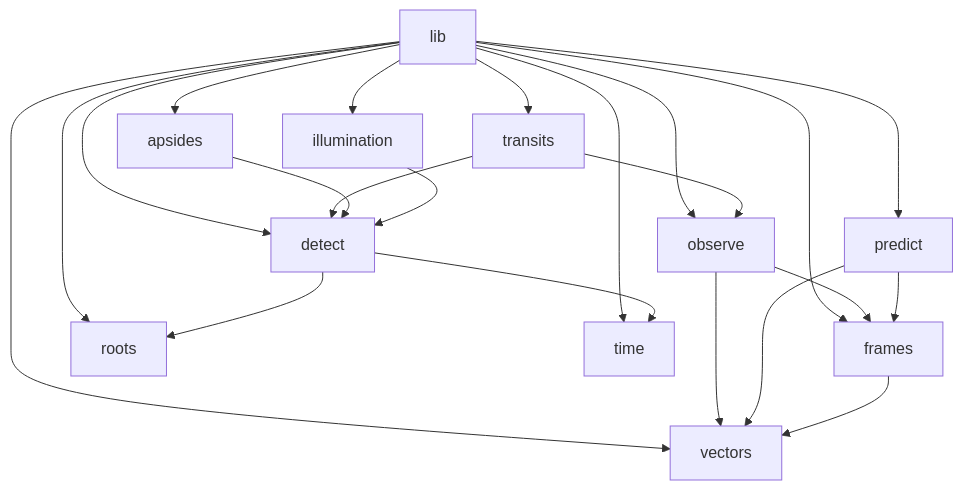
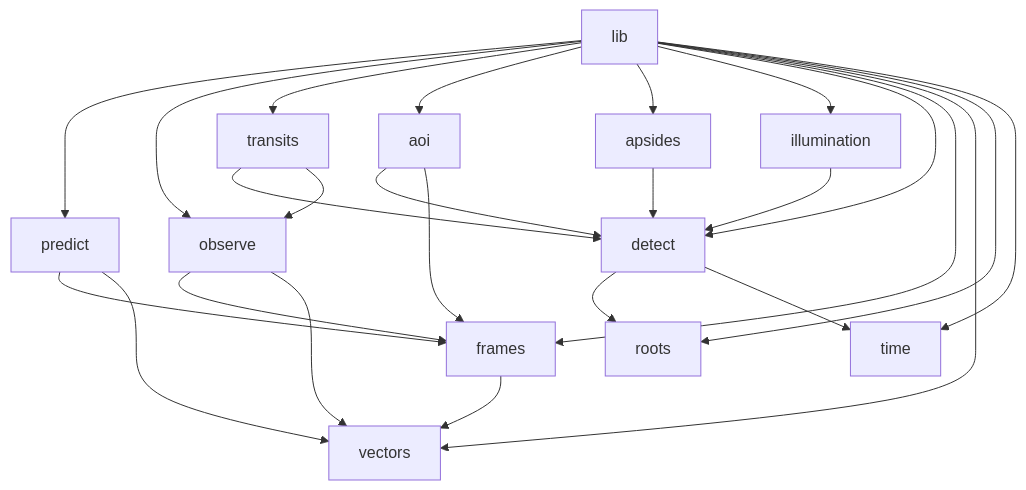
One commit to steg87/sgp4-predict changed the first of 2 diagrams in docs/architecture.md. Above: the diagram before and after it, drawn with Mermaid. The commit also changed other lines of this file and 12 other files, not shown here.

````diff
--- a/docs/architecture.md
+++ b/docs/architecture.md
@@ -9,24 +10,27 @@
 ```mermaid
 graph TD
     lib --> predict
     lib --> observe
     lib --> transits
+    lib --> aoi
     lib --> apsides
     lib --> illumination
     lib --> detect
     lib --> frames
     lib --> vectors
     lib --> roots
     lib --> time
     transits --> detect
     transits --> observe
+    aoi --> detect
+    aoi --> frames
     apsides --> detect
     illumination --> detect
     detect --> roots
     detect --> time
     observe --> frames
     observe --> vectors
     predict --> frames
     predict --> vectors
     frames --> vectors
 ```
````
